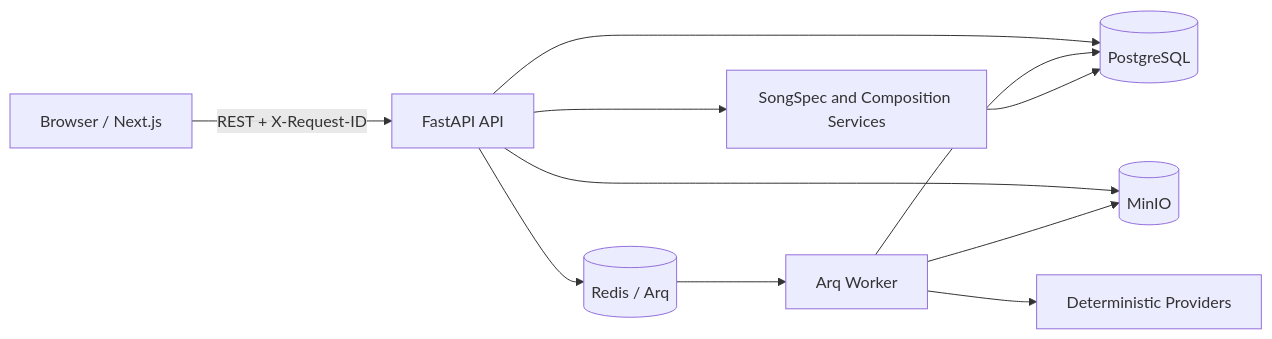
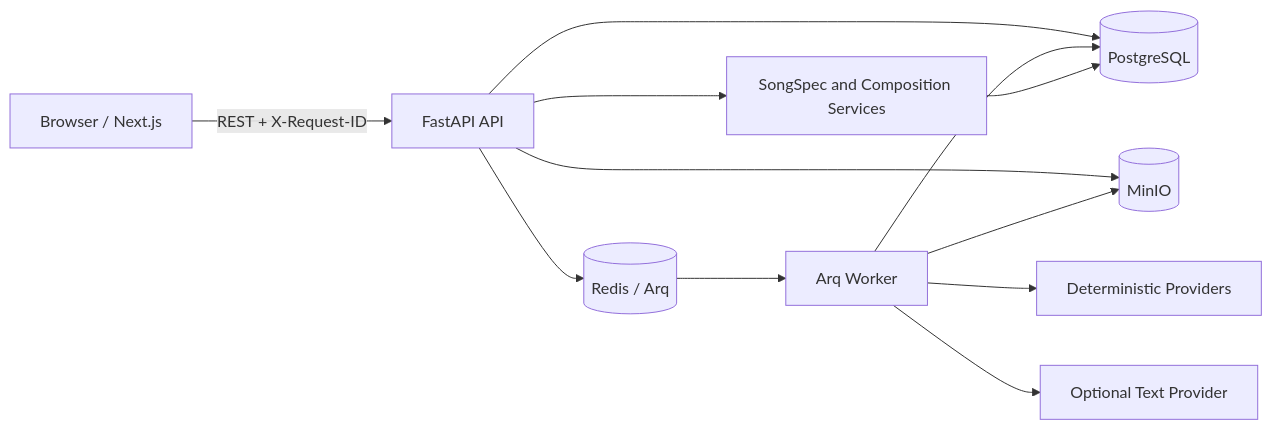
The first of 4 diagrams in docs/architecture.md (yarizm/Abachiwave), drawn with Mermaid before and after one commit. The commit also changed other lines of this file and 57 other files, not shown here.

````diff
--- a/docs/architecture.md
+++ b/docs/architecture.md
@@ -7,13 +7,14 @@
 ```mermaid
 flowchart LR
     U["Browser / Next.js"] -->|"REST + X-Request-ID"| A["FastAPI API"]
     A --> P[("PostgreSQL")]
     A --> R[("Redis / Arq")]
     A --> M[("MinIO")]
     R --> W["Arq Worker"]
     W --> P
     W --> M
     W --> D["Deterministic Providers"]
+    W --> T["Optional Text Provider"]
     A --> S["SongSpec and Composition Services"]
     S --> P
 ```
````
